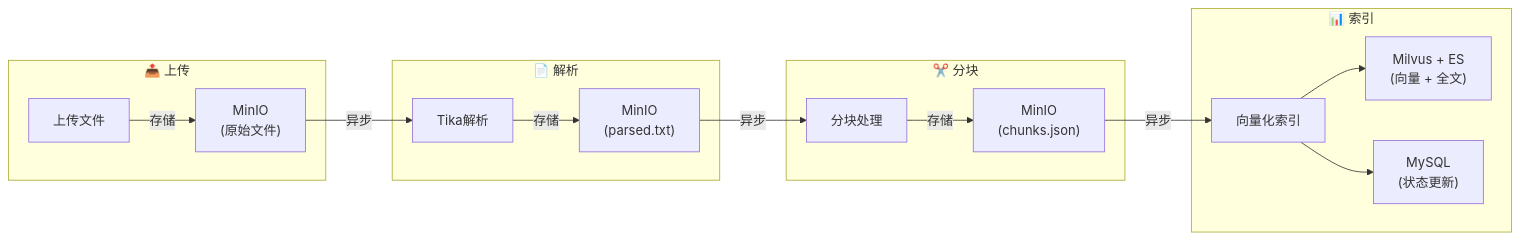
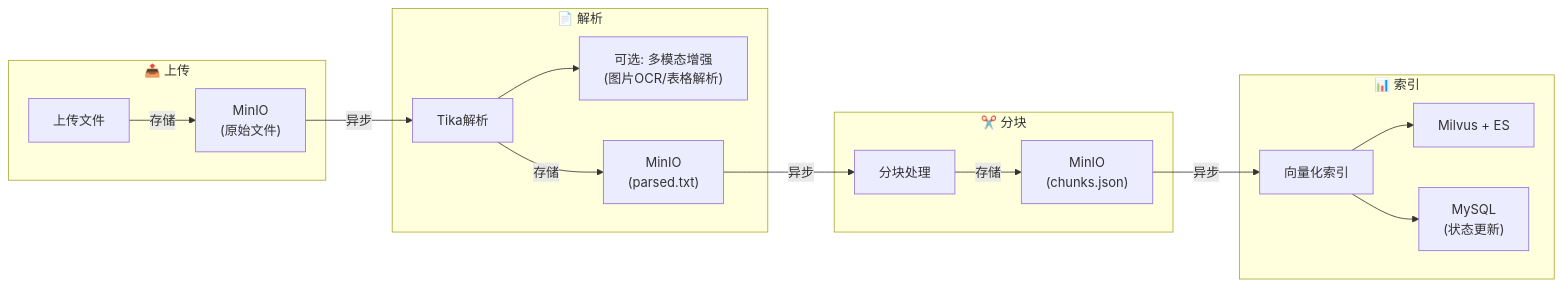
Before and after one commit to carlisle-withs/RAGGG: the second of 10 diagrams in README.md, drawn with Mermaid. The commit also changed other lines of this file, not shown here.

````diff
--- a/README.md
+++ b/README.md
@@ -73,32 +86,34 @@
 ```mermaid
 flowchart LR
     subgraph Upload["📤 上传"]
         UploadStep["上传文件"]
         MinioRaw["MinIO<br/>(原始文件)"]
     end
-    
+
     subgraph Parse["📄 解析"]
         ParseStep["Tika解析"]
+        Enhance["可选: 多模态增强<br/>(图片OCR/表格解析)"]
         MinioParsed["MinIO<br/>(parsed.txt)"]
     end
-    
+
     subgraph Chunk["✂️ 分块"]
         ChunkStep["分块处理"]
         MinioChunks["MinIO<br/>(chunks.json)"]
     end
-    
+
     subgraph Index["📊 索引"]
         IndexStep["向量化索引"]
-        MilvusES["Milvus + ES<br/>(向量 + 全文)"]
+        MilvusES["Milvus + ES"]
         MySQLStatus["MySQL<br/>(状态更新)"]
     end
-    
+
     UploadStep -->|存储| MinioRaw
     MinioRaw -->|异步| ParseStep
+    ParseStep --> Enhance
     ParseStep -->|存储| MinioParsed
     MinioParsed -->|异步| ChunkStep
     ChunkStep -->|存储| MinioChunks
     MinioChunks -->|异步| IndexStep
     IndexStep --> MilvusES
     IndexStep --> MySQLStatus
 ```
````
